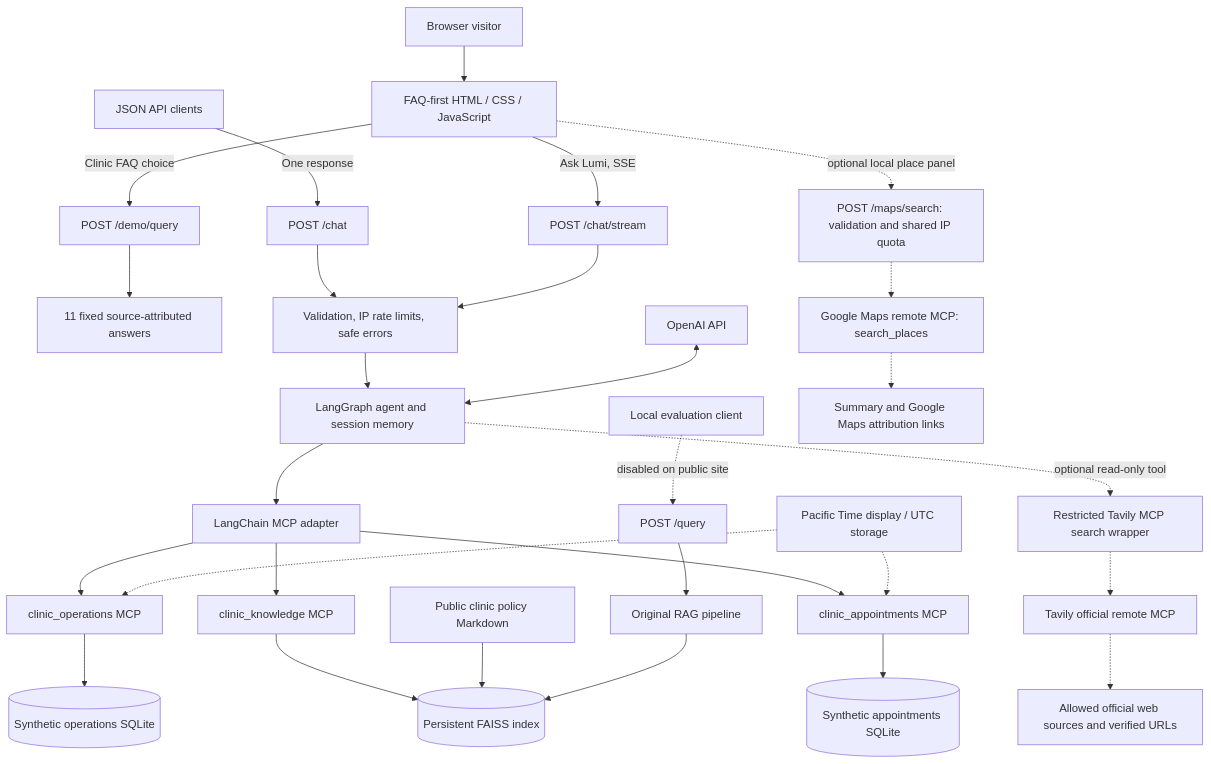
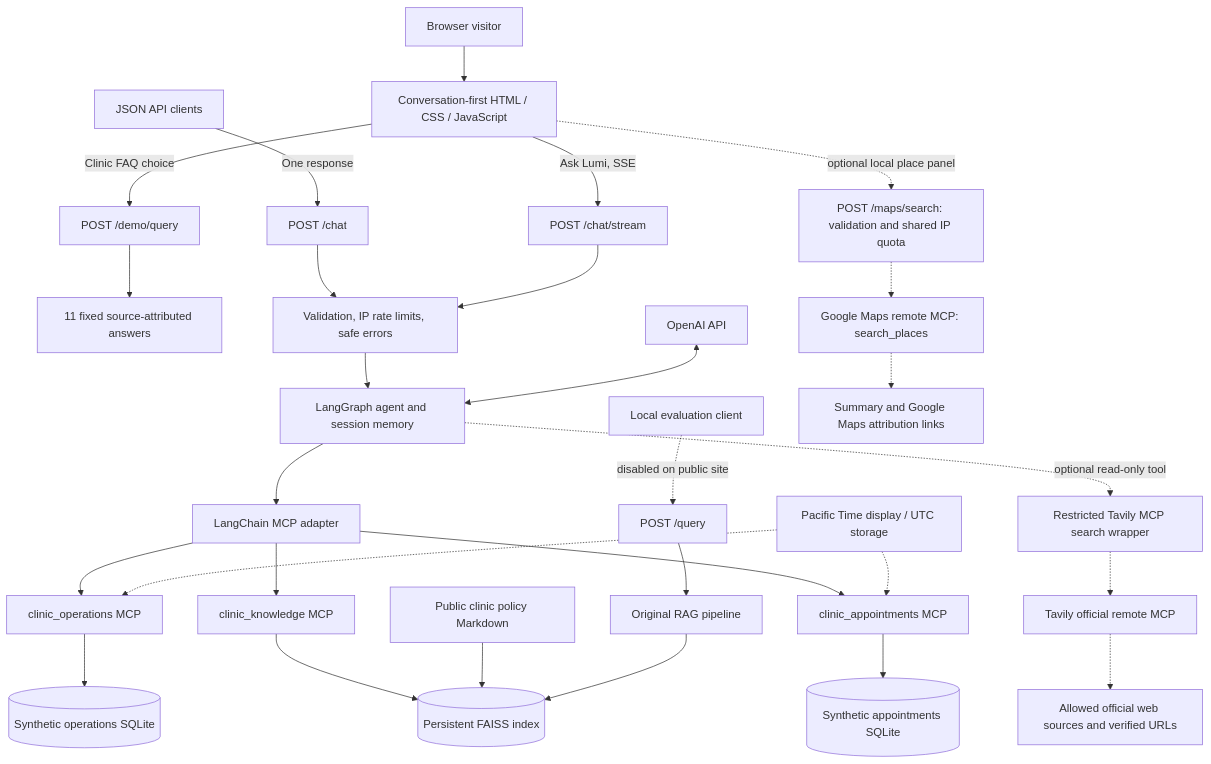
The diagram in README.md (beelleed/intelligent-clinic-platform), drawn with Mermaid before and after one commit. The commit also changed other lines of this file and 21 other files, not shown here.

````diff
--- a/README.md
+++ b/README.md
@@ -174,38 +244,38 @@
 ```mermaid
 flowchart TB
-    Visitor[Browser visitor] --> UI[FAQ-first HTML / CSS / JavaScript]
+    Visitor[Browser visitor] --> UI[Conversation-first HTML / CSS / JavaScript]
 
     UI -->|Clinic FAQ choice| Demo[POST /demo/query]
     Demo --> FAQ[11 fixed source-attributed answers]
 
     UI -->|Ask Lumi, SSE| Chat[POST /chat/stream]
     JSON[JSON API clients] -->|One response| ChatJSON[POST /chat]
     ChatJSON --> Guard
     Chat --> Guard[Validation, IP rate limits, safe errors]
     Guard --> Agent[LangGraph agent and session memory]
     OpenAI[OpenAI API] <--> Agent
     Agent --> Adapter[LangChain MCP adapter]
 
     Adapter --> Ops[clinic_operations MCP]
     Adapter --> Knowledge[clinic_knowledge MCP]
     Adapter --> Appointments[clinic_appointments MCP]
 
     Ops --> OpsDB[(Synthetic operations SQLite)]
     Knowledge --> FAISS[(Persistent FAISS index)]
     Policies[Public clinic policy Markdown] --> FAISS
     Appointments --> ApptDB[(Synthetic appointments SQLite)]
 
     LocalClient[Local evaluation client] -. disabled on public site .-> Query[POST /query]
     Query --> RAG[Original RAG pipeline]
     RAG --> FAISS
 
     Clock[Pacific Time display / UTC storage] -.-> Ops
     Clock -.-> Appointments
 
     UI -. optional local place panel .-> MapsGuard[POST /maps/search: validation and shared IP quota]
     MapsGuard -.-> MapsMCP[Google Maps remote MCP: search_places]
     MapsMCP -.-> MapsResult[Summary and Google Maps attribution links]
     Agent -. optional read-only tool .-> ExternalSearch[Restricted Tavily MCP search wrapper]
     ExternalSearch -.-> Tavily[Tavily official remote MCP]
     Tavily -.-> Official[Allowed official web sources and verified URLs]
 ```
````
